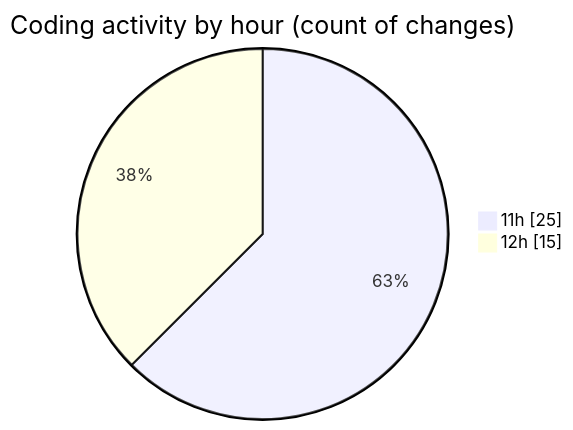
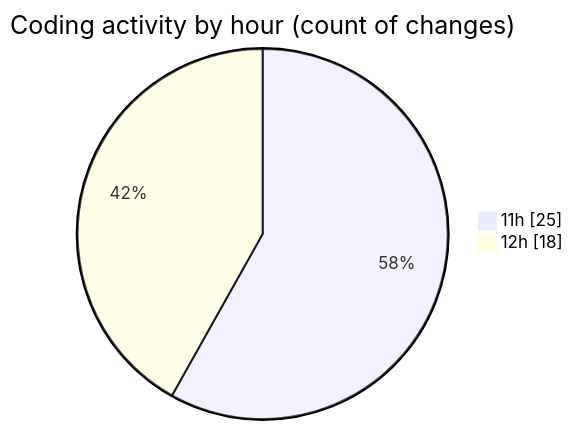
The second of 2 diagrams in 2025-04-12/myws__workspace_/README.md (MatusMokan/code-tracking), drawn with Mermaid before and after one commit. The commit also changed other lines of this file and 1 other file, not shown here.

````diff
--- a/2025-04-12/myws__workspace_/README.md
+++ b/2025-04-12/myws__workspace_/README.md
@@ -30,6 +30,6 @@
 ```mermaid
 pie showData
 title Coding activity by hour (count of changes)
 "11h" : 25
-"12h" : 15
+"12h" : 18
 ```
````
